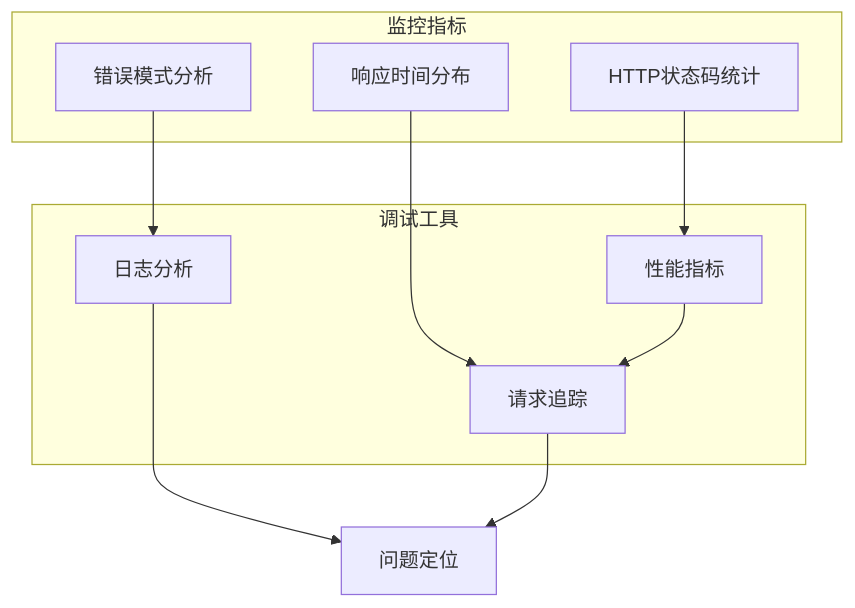
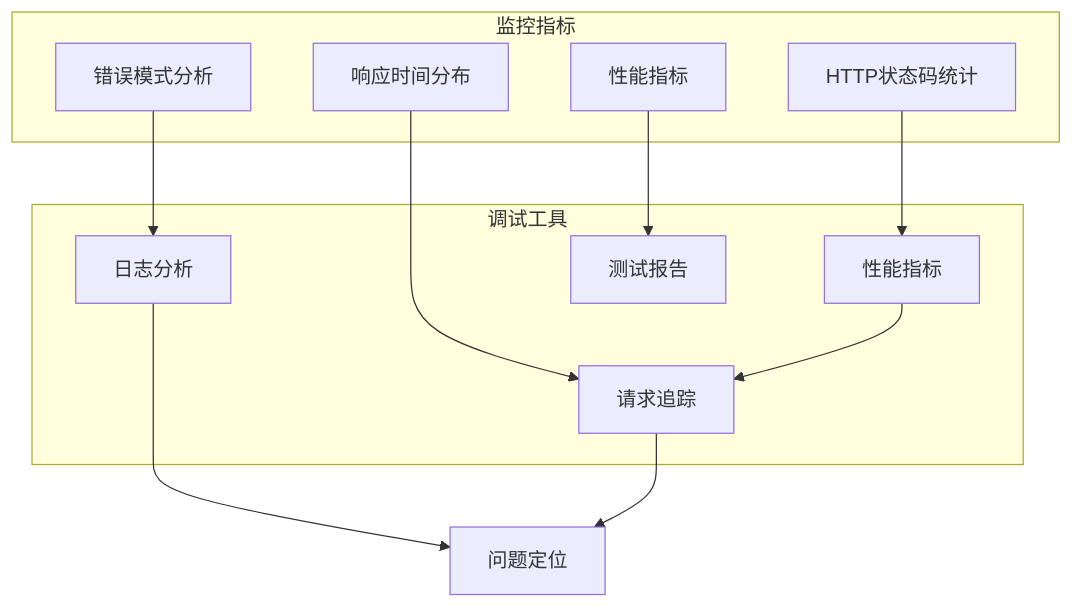
One commit to liuzh2008/med_ai_assistant_workspace changed the tenth of 10 diagrams in .qoder/repowiki/zh/content/API参考/数据收集建议GET查询API.md. Above: the diagram before and after it, drawn with Mermaid. The commit also changed other lines of this file and 5 other files, not shown here.

````diff
--- a/.qoder/repowiki/zh/content/API参考/数据收集建议GET查询API.md
+++ b/.qoder/repowiki/zh/content/API参考/数据收集建议GET查询API.md
@@ -389,19 +464,22 @@
 ```mermaid
 graph TB
 subgraph "监控指标"
 StatusCodes[HTTP状态码统计]
 ResponseTimes[响应时间分布]
 ErrorPatterns[错误模式分析]
+Performance[性能指标]
 end
 subgraph "调试工具"
 Logs[日志分析]
 Metrics[性能指标]
 Tracing[请求追踪]
+TestReports[测试报告]
 end
 StatusCodes --> Metrics
 ResponseTimes --> Tracing
 ErrorPatterns --> Logs
+Performance --> TestReports
 Metrics --> Tracing
 Logs --> Debugging[问题定位]
 Tracing --> Debugging
 ```
````
